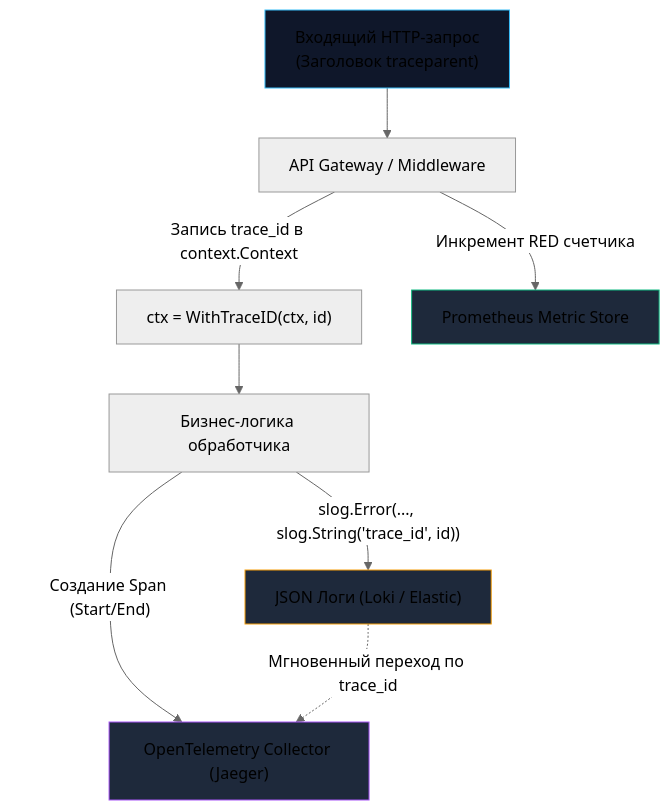
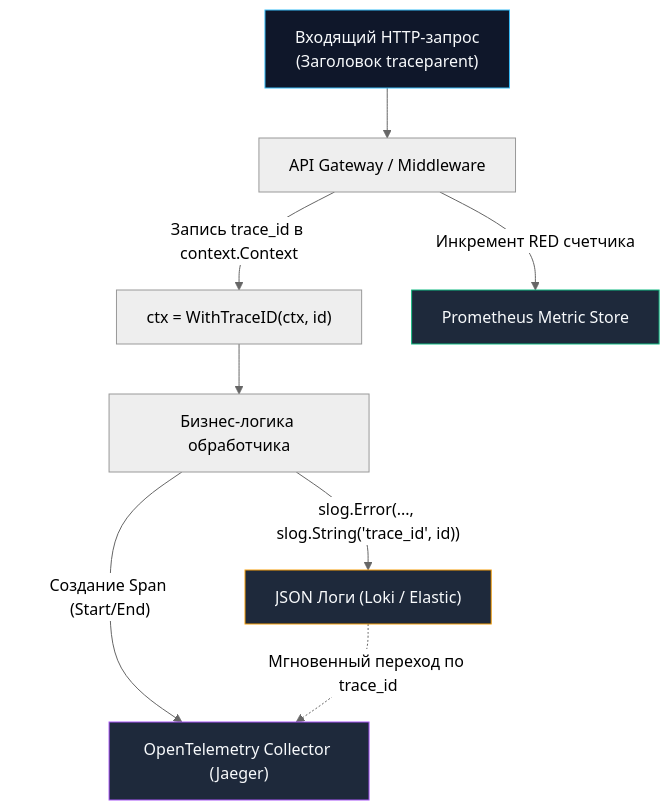
The third of 3 diagrams in sources/10. Проектирование API и Сетевые протоколы/31. API observability.md (UnrealTemplier/go-textbook), drawn with Mermaid (neutral theme) before and after one commit. The commit also changed other lines of this file and 310 other files, not shown here.

First line of the commit message:
fix(mermaid): replace light fill colors with dark palette for readability on dark theme

````diff
--- a/sources/10. Проектирование API и Сетевые протоколы/31. API observability.md
+++ b/sources/10. Проектирование API и Сетевые протоколы/31. API observability.md
@@ -232,19 +232,19 @@
 ```mermaid
 flowchart TD
     Req["Входящий HTTP-запрос<br>(Заголовок traceparent)"] --> GW["API Gateway / Middleware"]
     
     GW -->|"Запись trace_id в context.Context"| Ctx["ctx = WithTraceID(ctx, id)"]
     GW -->|"Инкремент RED счетчика"| Prom["Prometheus Metric Store"]
     
     Ctx --> Business["Бизнес-логика обработчика"]
     
     Business -->|"slog.Error(..., slog.String('trace_id', id))"| Logs["JSON Логи (Loki / Elastic)"]
     Business -->|"Создание Span (Start/End)"| OTel["OpenTelemetry Collector (Jaeger)"]
     
     Logs -.->|"Мгновенный переход по trace_id"| OTel
 
-    style Req fill:#0f172a,stroke:#38bdf8,stroke-width:1px
-    style Prom fill:#1e293b,stroke:#10b981,stroke-width:1px
-    style Logs fill:#1e293b,stroke:#f59e0b,stroke-width:1px
-    style OTel fill:#1e293b,stroke:#a855f7,stroke-width:1px
+    style Req fill:#0f172a,stroke:#38bdf8,stroke-width:1px,color:#f8fafc
+    style Prom fill:#1e293b,stroke:#10b981,stroke-width:1px,color:#f8fafc
+    style Logs fill:#1e293b,stroke:#f59e0b,stroke-width:1px,color:#f8fafc
+    style OTel fill:#1e293b,stroke:#a855f7,stroke-width:1px,color:#f8fafc
 ```
````
